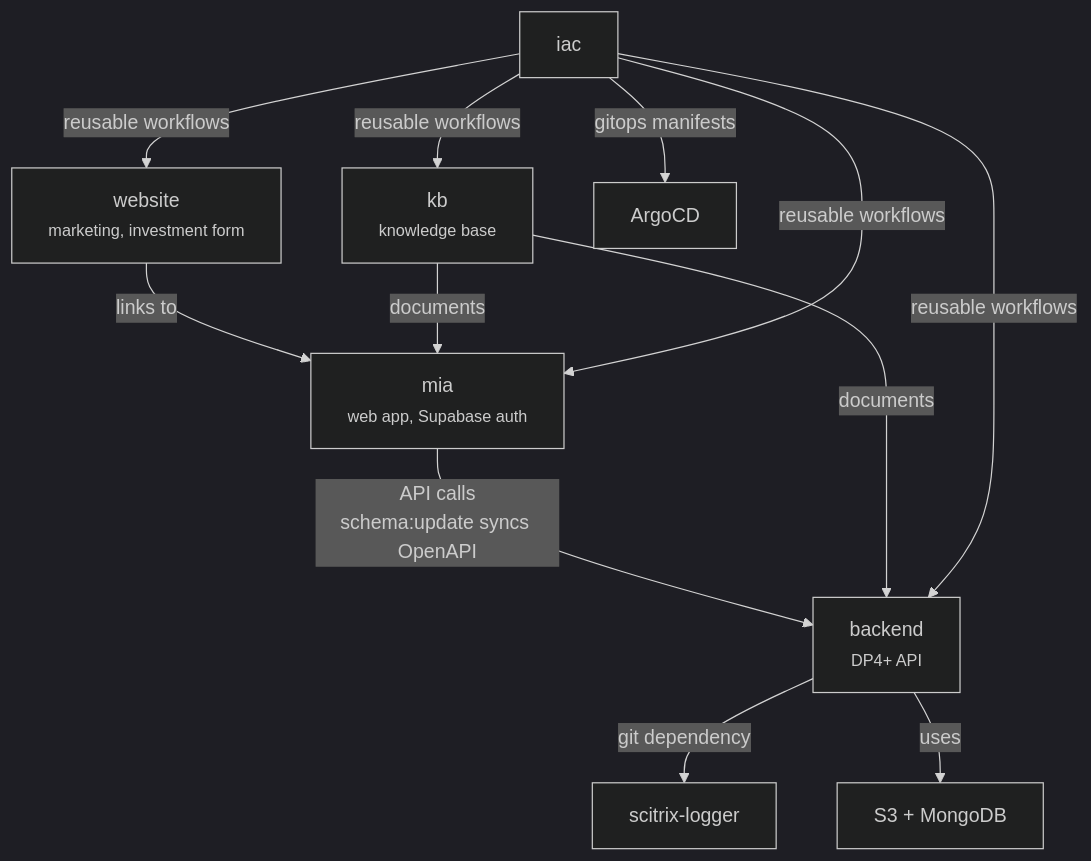
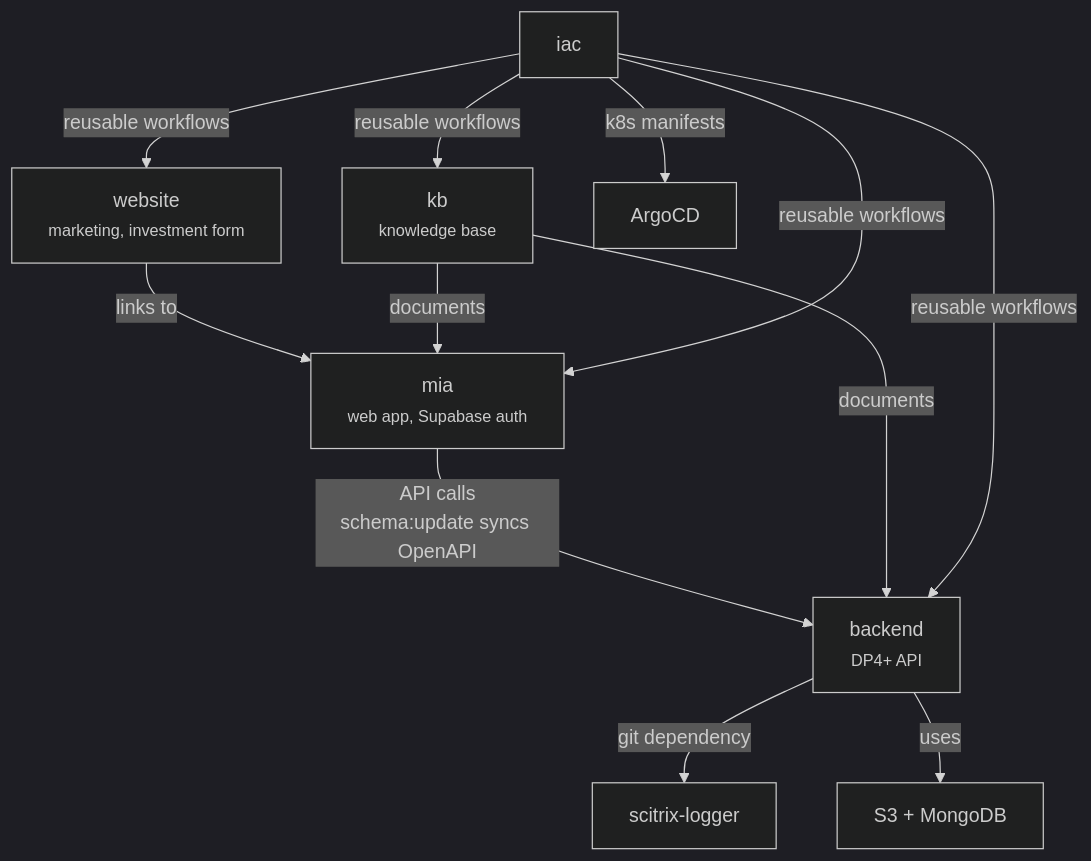
The first of 5 diagrams in CLAUDE.md (scitrix-tech/.github), drawn with Mermaid (dark theme) before and after one commit. The commit also changed other lines of this file, not shown here.

````diff
--- a/CLAUDE.md
+++ b/CLAUDE.md
@@ -31,14 +31,14 @@
 ```mermaid
 graph TD
     website["website<br/><small>marketing, investment form</small>"] -->|links to| mia
     mia["mia<br/><small>web app, Supabase auth</small>"] -->|API calls<br/>schema:update syncs OpenAPI| backend
     backend["backend<br/><small>DP4+ API</small>"] -->|git dependency| logger["scitrix-logger"]
     backend -->|uses| storage["S3 + MongoDB"]
     kb["kb<br/><small>knowledge base</small>"] -->|documents| backend
     kb -->|documents| mia
     iac -->|reusable workflows| backend
     iac -->|reusable workflows| mia
     iac -->|reusable workflows| website
     iac -->|reusable workflows| kb
-    iac -->|gitops manifests| argocd["ArgoCD"]
+    iac -->|k8s manifests| argocd["ArgoCD"]
 ```
````
